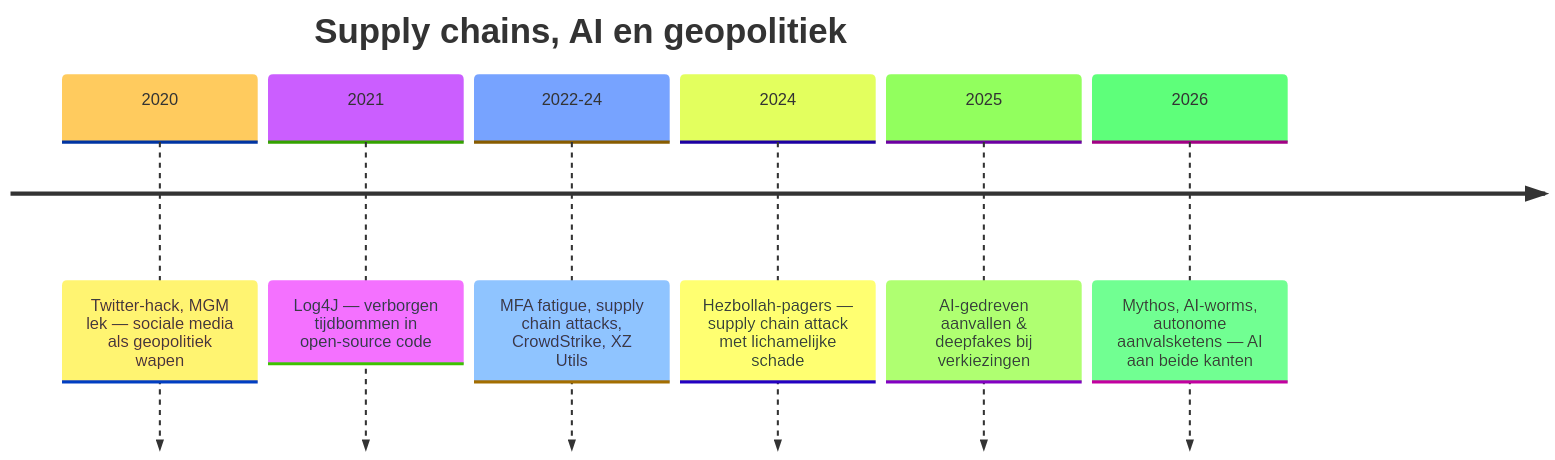
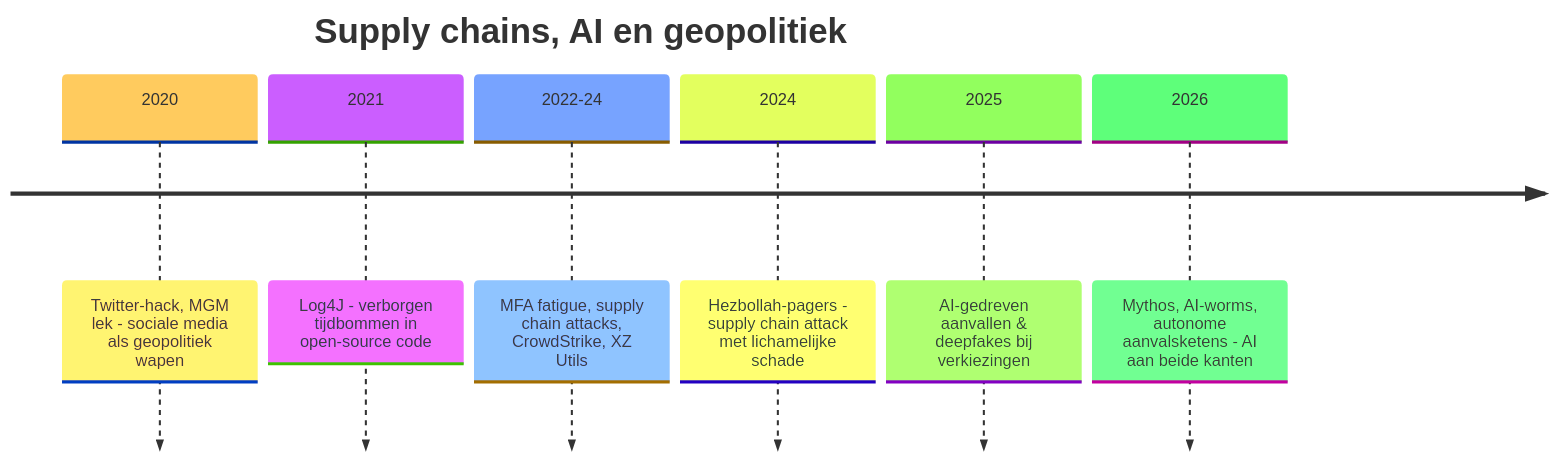
Before and after one commit to timdams/cyberboswachters_boek: the third of 7 diagrams in cyberboswachters/slides/wordtheterger.qmd, drawn with Mermaid. The commit also changed other lines of this file and 20 other files, not shown here.

````diff
--- a/cyberboswachters/slides/wordtheterger.qmd
+++ b/cyberboswachters/slides/wordtheterger.qmd
@@ -70,11 +70,11 @@
 ```{mermaid}
 %%{init: {"theme": "base", "timeline": {"useMaxWidth": true}} }%%
 timeline
     title Supply chains, AI en geopolitiek
-    2020 : Twitter-hack, MGM lek — sociale media als geopolitiek wapen
-    2021 : Log4J — verborgen tijdbommen in open-source code
+    2020 : Twitter-hack, MGM lek - sociale media als geopolitiek wapen
+    2021 : Log4J - verborgen tijdbommen in open-source code
     2022-24 : MFA fatigue, supply chain attacks, CrowdStrike, XZ Utils
-    2024 : Hezbollah-pagers — supply chain attack met lichamelijke schade
+    2024 : Hezbollah-pagers - supply chain attack met lichamelijke schade
     2025 : AI-gedreven aanvallen & deepfakes bij verkiezingen
-    2026 : Mythos, AI-worms, autonome aanvalsketens — AI aan beide kanten
+    2026 : Mythos, AI-worms, autonome aanvalsketens - AI aan beide kanten
 ```
````
